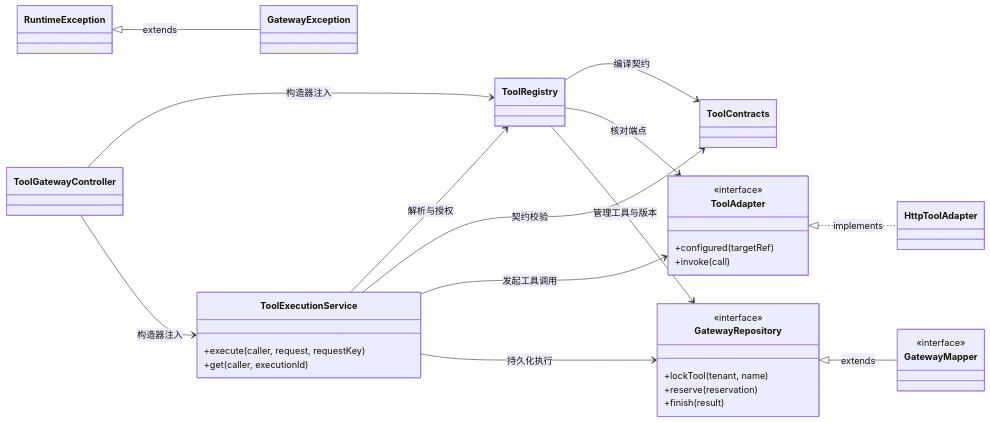
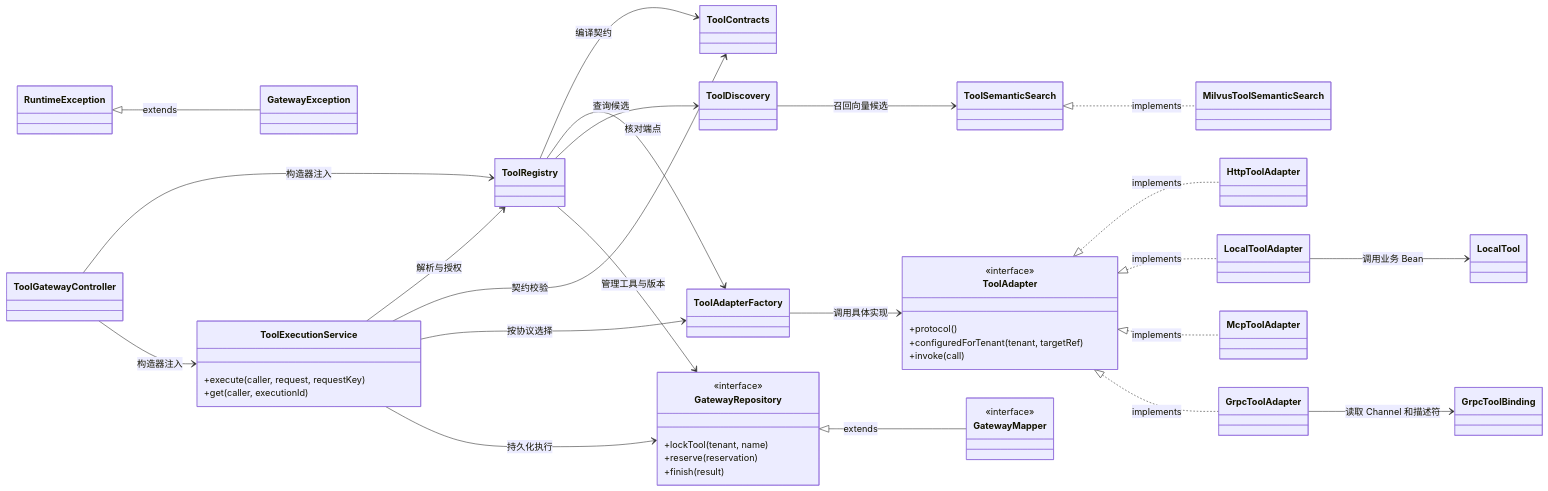
Before and after one commit to 1625753348/mySuperClaw: the second of 3 diagrams in docs/implementation/tool-gateway.md, drawn with Mermaid. The commit also changed other lines of this file and 36 other files, not shown here.

First line of the commit message:
feat: add ranked tool discovery and multi-protocol gateway

````diff
--- a/docs/implementation/tool-gateway.md
+++ b/docs/implementation/tool-gateway.md
@@ -22,34 +29,44 @@
 ```mermaid
 classDiagram
     direction LR
     class ToolAdapter {
         <<interface>>
-        +configured(targetRef)
+        +protocol()
+        +configuredForTenant(tenant, targetRef)
         +invoke(call)
     }
     class GatewayRepository {
         <<interface>>
         +lockTool(tenant, name)
         +reserve(reservation)
         +finish(result)
     }
     class GatewayMapper {
         <<interface>>
     }
     class ToolExecutionService {
         +execute(caller, request, requestKey)
         +get(caller, executionId)
     }
     ToolAdapter <|.. HttpToolAdapter : implements
+    ToolAdapter <|.. LocalToolAdapter : implements
+    ToolAdapter <|.. McpToolAdapter : implements
+    ToolAdapter <|.. GrpcToolAdapter : implements
+    ToolSemanticSearch <|.. MilvusToolSemanticSearch : implements
+    LocalToolAdapter --> LocalTool : 调用业务 Bean
+    GrpcToolAdapter --> GrpcToolBinding : 读取 Channel 和描述符
     GatewayRepository <|-- GatewayMapper : extends
     RuntimeException <|-- GatewayException : extends
     ToolGatewayController --> ToolRegistry : 构造器注入
     ToolGatewayController --> ToolExecutionService : 构造器注入
     ToolExecutionService --> ToolRegistry : 解析与授权
     ToolExecutionService --> ToolContracts : 契约校验
-    ToolExecutionService --> ToolAdapter : 发起工具调用
+    ToolExecutionService --> ToolAdapterFactory : 按协议选择
+    ToolAdapterFactory --> ToolAdapter : 调用具体实现
     ToolExecutionService --> GatewayRepository : 持久化执行
     ToolRegistry --> ToolContracts : 编译契约
-    ToolRegistry --> ToolAdapter : 核对端点
+    ToolRegistry --> ToolAdapterFactory : 核对端点
+    ToolRegistry --> ToolDiscovery : 查询候选
+    ToolDiscovery --> ToolSemanticSearch : 召回向量候选
     ToolRegistry --> GatewayRepository : 管理工具与版本
 ```
````
